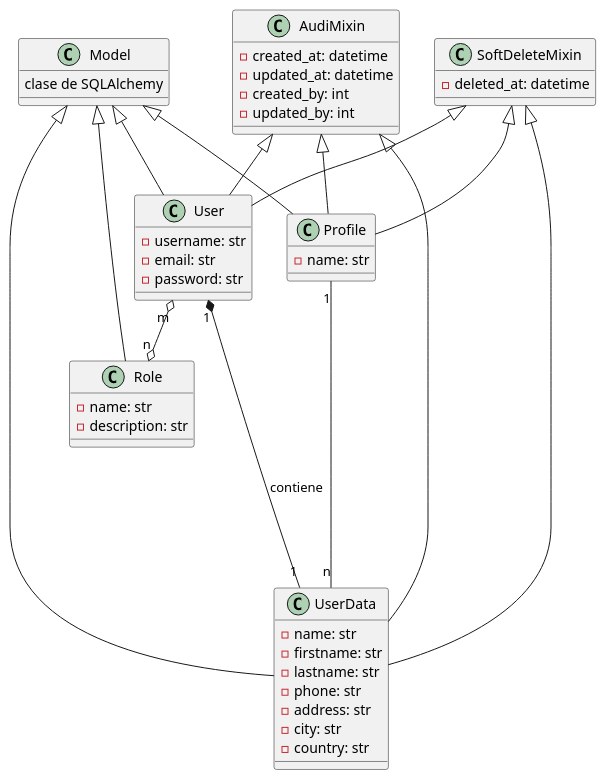
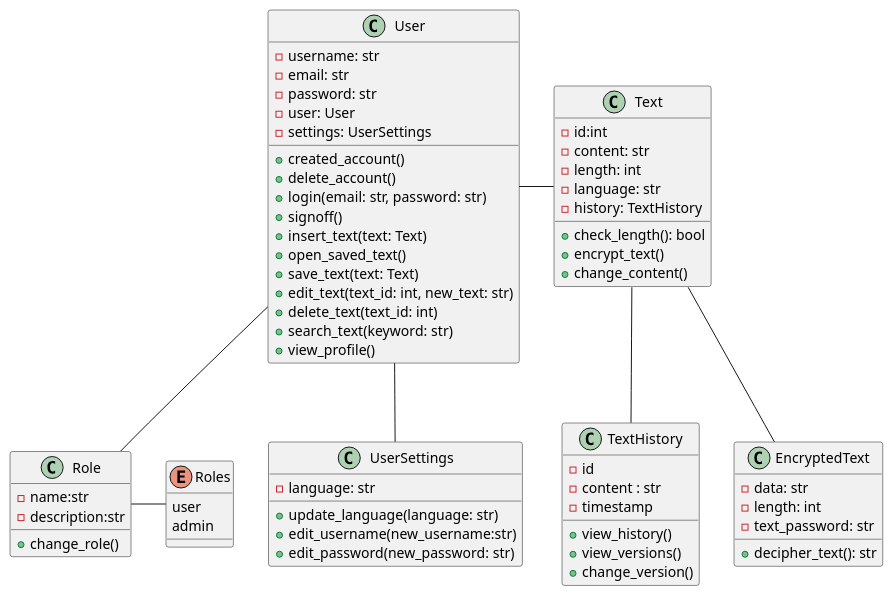
One commit to guadalupecuartara/Encriptador_UTN changed the diagram in docs/diagrama_1.puml. Above: the diagram before and after it, drawn with PlantUML.

Commit message:
Agregue diagrama de clase

```diff
--- a/docs/diagrama_1.puml
+++ b/docs/diagrama_1.puml
@@ -1,57 +1,67 @@
-@startuml Diagram de Clases
-class Model {
- clase de SQLAlchemy
+@startuml ClassDiagram
+
+class User{
+    -username: str
+    -email: str
+    -password: str
+    -user: User
+    -settings: UserSettings
+    +created_account()
+    +delete_account()
+    +login(email: str, password: str)
+    +signoff()
+    +insert_text(text: Text)
+    +open_saved_text()
+    +save_text(text: Text)
+    +edit_text(text_id: int, new_text: str)
+    +delete_text(text_id: int)
+    +search_text(keyword: str)
+    +view_profile()
+}
+class UserSettings{
+    -language: str
+    +update_language(language: str)
+    +edit_username(new_username:str)
+    +edit_password(new_password: str)
+}
+class Role{
+    -name:str
+    -description:str
+    +change_role()
+}
+enum Roles{
+    user
+    admin
+}
+class Text{
+    -id:int
+    -content: str
+    -length: int
+    -language: str
+    -history: TextHistory
+    +check_length(): bool
+    +encrypt_text()
+    +change_content()
+}
+class TextHistory{
+    -id
+    -content : str
+    -timestamp
+    +view_history()
+    +view_versions()
+    +change_version()
+}
+class EncryptedText{
+    -data: str
+    -length: int
+    -text_password: str
+    +decipher_text(): str
 }
 
-class User {
-    - username: str
-    - email: str
-    - password: str
-}
-
-class UserData{
-    - name: str
-    - firstname: str
-    - lastname: str
-    - phone: str
-    - address: str
-    - city: str
-    - country: str
-}
-
-class Profile{
-    - name: str
-}
-
-class Role {
-    - name: str
-    - description: str
-}
-
-class AudiMixin{
-    - created_at: datetime
-    - updated_at: datetime
-    - created_by: int
-    - updated_by: int
-}
-
-class SoftDeleteMixin {
-    - deleted_at: datetime
-
-}
-
-Model <|-- User
-SoftDeleteMixin <|-- User
-AudiMixin <|-- User
-Model <|-- Role
-Model <|-- UserData
-SoftDeleteMixin <|-- UserData
-AudiMixin <|-- UserData
-Model <|-- Profile
-SoftDeleteMixin <|-- Profile
-AudiMixin <|-- Profile
-
-User "1" *--- "1" UserData : contiene
-Profile "1" ---- "n" UserData
-User "m" o--o "n" Role
+User -- Role
+Role - Roles
+Text -- EncryptedText
+User -- UserSettings
+User - Text
+Text -- TextHistory
 @enduml
```
